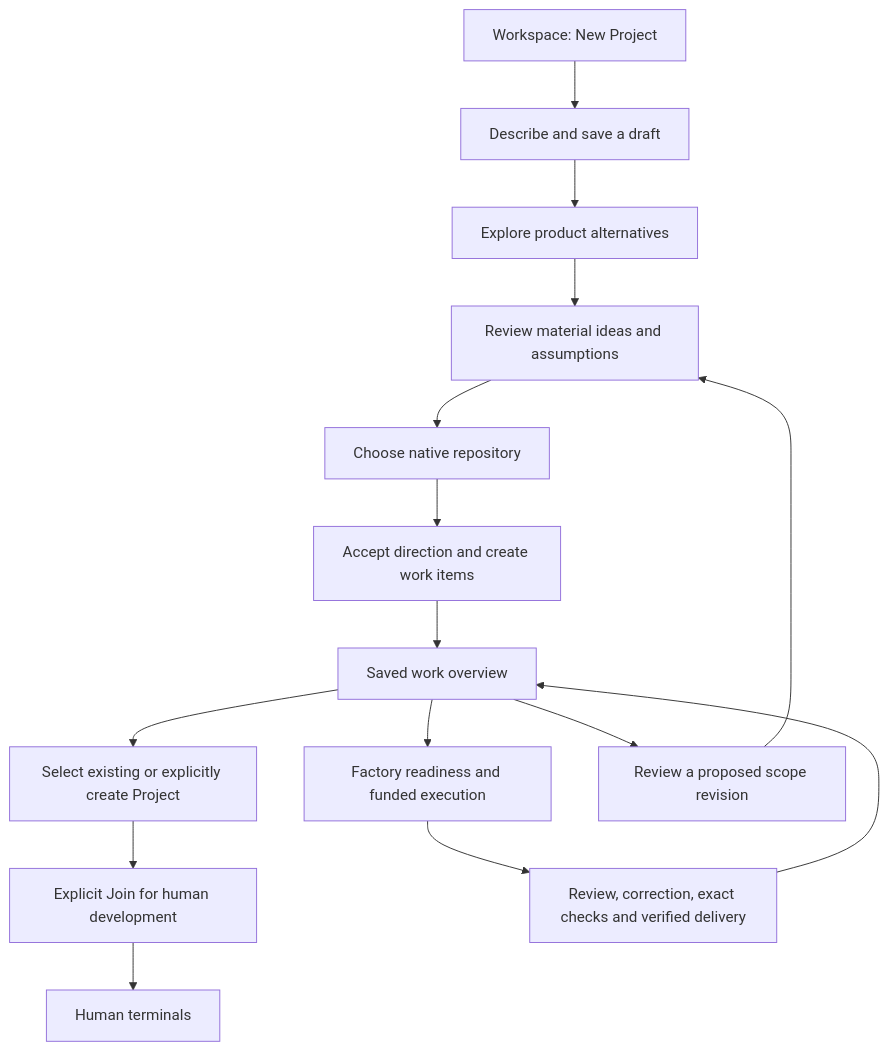
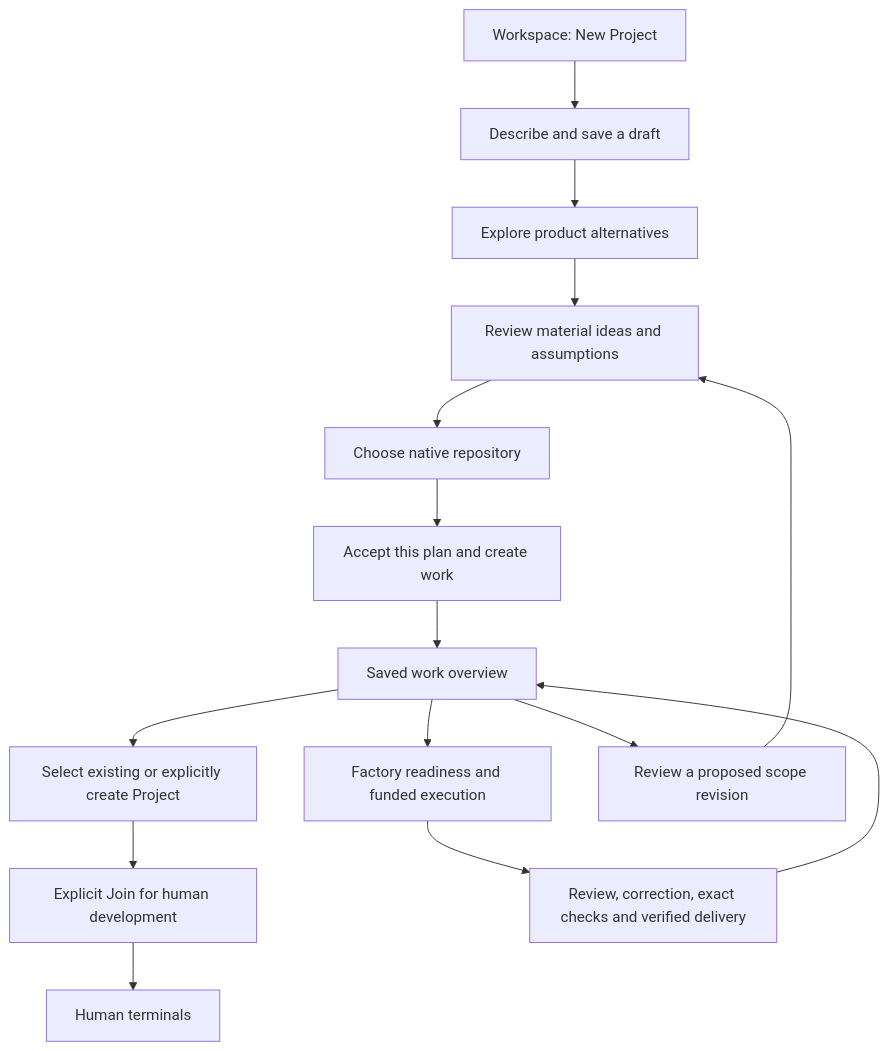
The diagram in docs/design/spaces-ux.md (LevitateOS/sodaos), drawn with Mermaid before and after one commit. The commit also changed other lines of this file and 1 other file, not shown here.

Commit message:
docs: center product review on nontechnical user flows

````diff
--- a/docs/design/spaces-ux.md
+++ b/docs/design/spaces-ux.md
@@ -58,17 +58,17 @@
 ```mermaid
 flowchart TD
     W[Workspace: New Project] --> D[Describe and save a draft]
     D --> E[Explore product alternatives]
     E --> R[Review material ideas and assumptions]
     R --> N[Choose native repository]
-    N --> A[Accept direction and create work items]
+    N --> A[Accept this plan and create work]
     A --> O[Saved work overview]
     O --> F[Factory readiness and funded execution]
     O --> P[Select existing or explicitly create Project]
     P --> J[Explicit Join for human development]
     J --> T[Human terminals]
     F --> V[Review, correction, exact checks and verified delivery]
     V --> O
     O --> C[Review a proposed scope revision]
     C --> R
 ```
````
